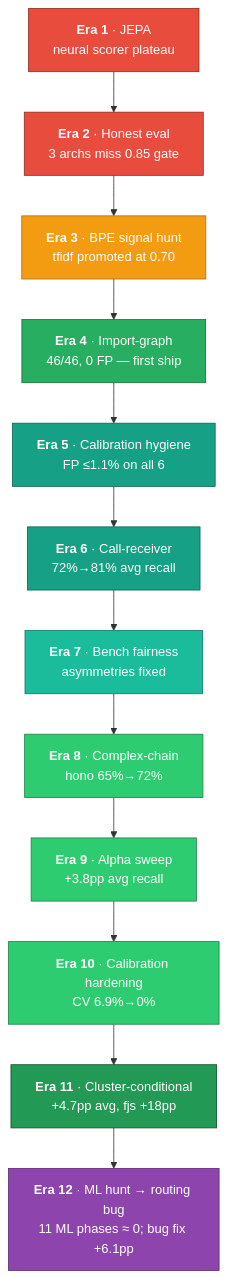
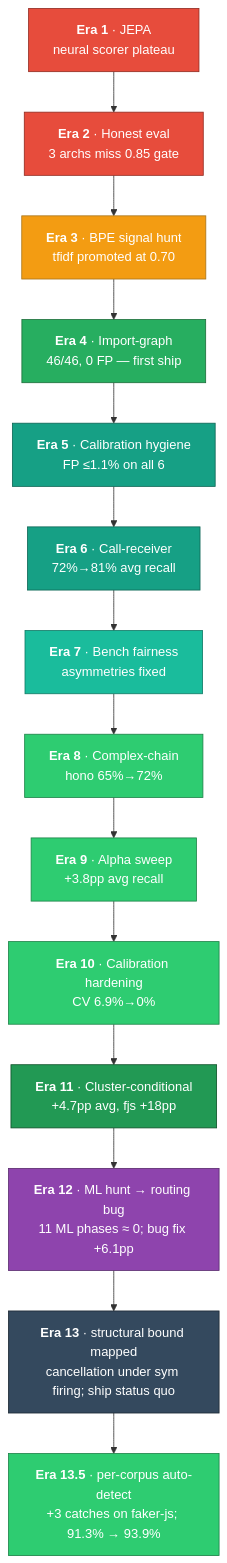
One commit to get-tmonier/argot changed the first of 15 diagrams in docs/research/README.md. Above: the diagram before and after it, drawn with Mermaid. The commit also changed other lines of this file and 40 other files, not shown here.

First line of the commit message:
feat: era 13.5 — asymmetric calibration with per-corpus auto-detect (#38)

````diff
--- a/docs/research/README.md
+++ b/docs/research/README.md
@@ -23,35 +23,40 @@
 ```mermaid
 flowchart TD
     E1["<b>Era 1</b> · JEPA<br/>neural scorer plateau"]
     E2["<b>Era 2</b> · Honest eval<br/>3 archs miss 0.85 gate"]
     E3["<b>Era 3</b> · BPE signal hunt<br/>tfidf promoted at 0.70"]
     E4["<b>Era 4</b> · Import-graph<br/>46/46, 0 FP — first ship"]
     E5["<b>Era 5</b> · Calibration hygiene<br/>FP ≤1.1% on all 6"]
     E6["<b>Era 6</b> · Call-receiver<br/>72%→81% avg recall"]
     E7["<b>Era 7</b> · Bench fairness<br/>asymmetries fixed"]
     E8["<b>Era 8</b> · Complex-chain<br/>hono 65%→72%"]
     E9["<b>Era 9</b> · Alpha sweep<br/>+3.8pp avg recall"]
     E10["<b>Era 10</b> · Calibration hardening<br/>CV 6.9%→0%"]
     E11["<b>Era 11</b> · Cluster-conditional<br/>+4.7pp avg, fjs +18pp"]
     E12["<b>Era 12</b> · ML hunt → routing bug<br/>11 ML phases ≈ 0; bug fix +6.1pp"]
+    E13["<b>Era 13</b> · structural bound mapped<br/>cancellation under sym firing; ship status quo"]
+    E135["<b>Era 13.5</b> · per-corpus auto-detect<br/>+3 catches on faker-js; 91.3% → 93.9%"]
 
-    E1 --> E2 --> E3 --> E4 --> E5 --> E6 --> E7 --> E8 --> E9 --> E10 --> E11 --> E12
+    E1 --> E2 --> E3 --> E4 --> E5 --> E6 --> E7 --> E8 --> E9 --> E10 --> E11 --> E12 --> E13 --> E135
 
     classDef failed fill:#e74c3c,stroke:#922b21,color:#fff
     classDef partial fill:#f39c12,stroke:#a8741b,color:#fff
     classDef ship fill:#27ae60,stroke:#1d6e3a,color:#fff
     classDef hygiene fill:#16a085,stroke:#0e6655,color:#fff
     classDef methodology fill:#1abc9c,stroke:#117a65,color:#fff
     classDef increment fill:#2ecc71,stroke:#1d8348,color:#fff
     classDef big fill:#229954,stroke:#0e5028,color:#fff
     classDef twist fill:#8e44ad,stroke:#5b2c6f,color:#fff
+    classDef bound fill:#34495e,stroke:#1c2833,color:#fff
 
     class E1,E2 failed
     class E3 partial
     class E4 ship
     class E5,E6 hygiene
     class E7 methodology
     class E8,E9,E10 increment
     class E11 big
     class E12 twist
+    class E13 bound
+    class E135 increment
 ```
````
